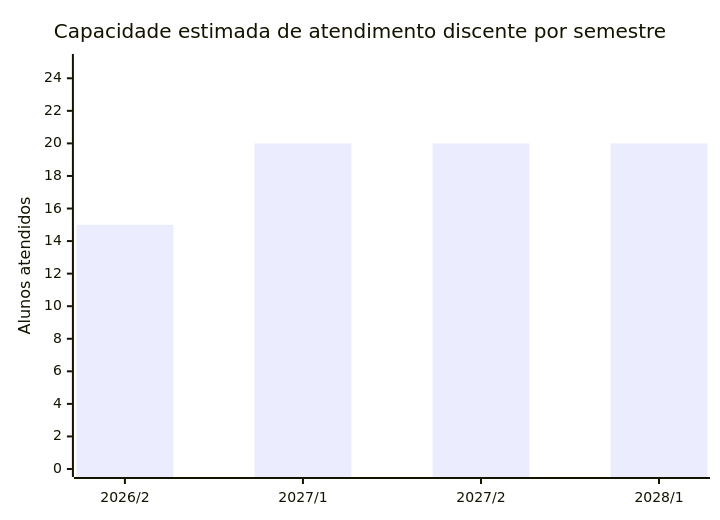
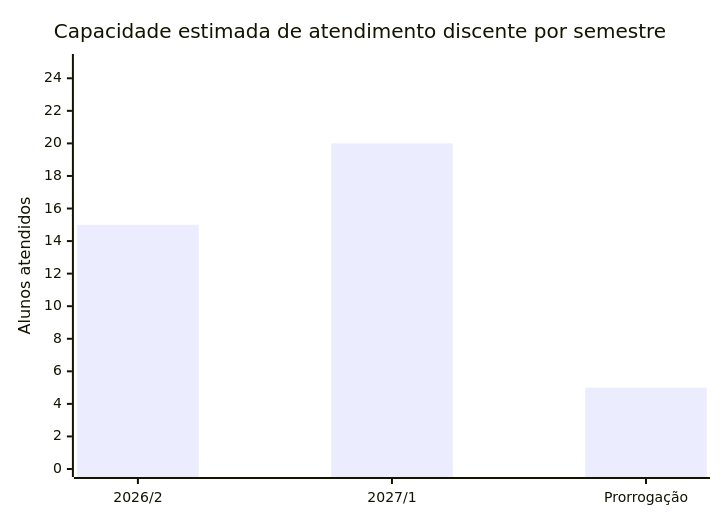
The second of 7 diagrams in README.md (monteiro74/integratech-sinop), drawn with Mermaid before and after one commit. The commit also changed other lines of this file, not shown here.

````diff
--- a/README.md
+++ b/README.md
@@ -374,7 +389,7 @@
 ```mermaid
 xychart-beta
     title "Capacidade estimada de atendimento discente por semestre"
-    x-axis ["2026/2", "2027/1", "2027/2", "2028/1"]
+    x-axis ["2026/2", "2027/1", "Prorrogação"]
     y-axis "Alunos atendidos" 0 --> 25
-    bar [15, 20, 20, 20]
+    bar [15, 20, 5]
 ```
````
